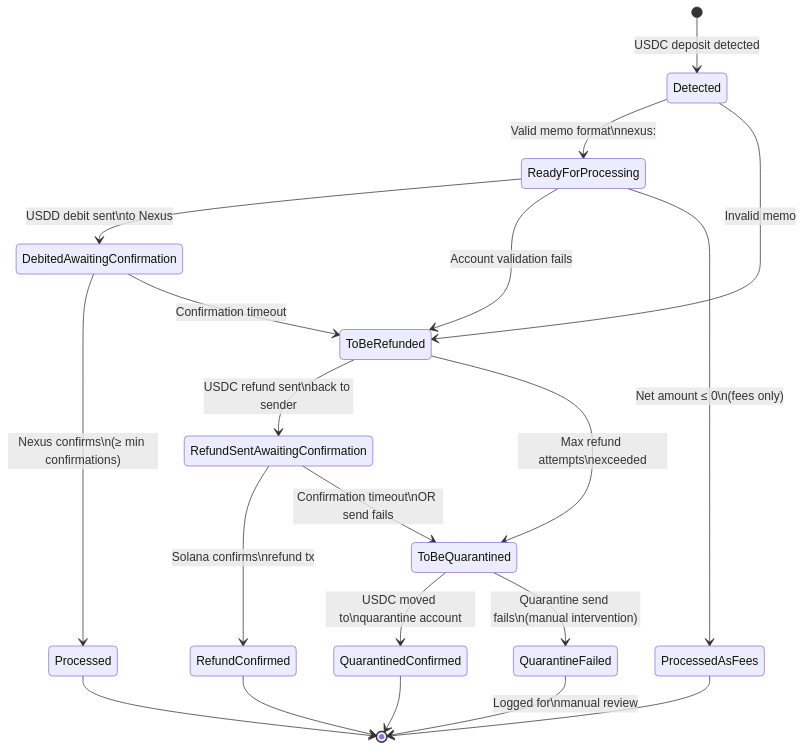
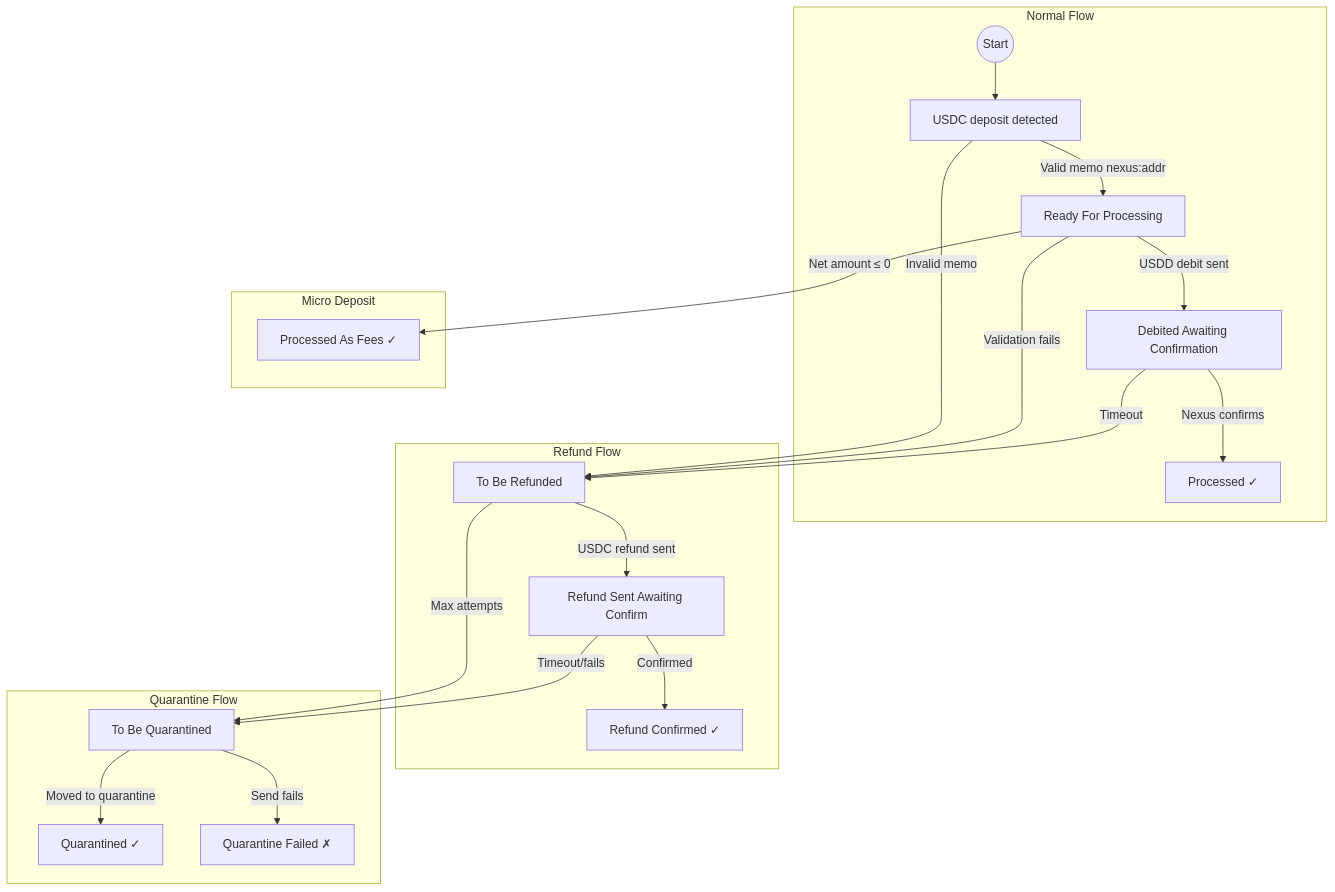
Before and after one commit to AkstonCap/swapService: the first of 2 diagrams in STATE_MACHINES.md, drawn with Mermaid. The commit also changed other lines of this file and 24 other files, not shown here.

````diff
--- a/STATE_MACHINES.md
+++ b/STATE_MACHINES.md
@@ -9,29 +9,28 @@
 ```mermaid
-stateDiagram-v2
-    [*] --> Detected: USDC deposit detected
+flowchart TD
+    subgraph Normal Flow
+        START((Start)) --> Detected[USDC deposit detected]
+        Detected -->|Valid memo nexus:addr| ReadyForProcessing[Ready For Processing]
+        ReadyForProcessing -->|USDD debit sent| DebitedAwaitingConfirmation[Debited Awaiting Confirmation]
+        DebitedAwaitingConfirmation -->|Nexus confirms| Processed[Processed ✓]
+    end
     
-    Detected --> ReadyForProcessing: Valid memo format\nnexus:<address>
-    Detected --> ToBeRefunded: Invalid memo
+    subgraph Micro Deposit
+        ReadyForProcessing -->|Net amount ≤ 0| ProcessedAsFees[Processed As Fees ✓]
+    end
     
-    ReadyForProcessing --> DebitedAwaitingConfirmation: USDD debit sent\nto Nexus
-    ReadyForProcessing --> ToBeRefunded: Account validation fails
-    ReadyForProcessing --> ProcessedAsFees: Net amount ≤ 0\n(fees only)
+    subgraph Refund Flow
+        Detected -->|Invalid memo| ToBeRefunded[To Be Refunded]
+        ReadyForProcessing -->|Validation fails| ToBeRefunded
+        DebitedAwaitingConfirmation -->|Timeout| ToBeRefunded
+        ToBeRefunded -->|USDC refund sent| RefundSentAwaitingConfirmation[Refund Sent Awaiting Confirm]
+        RefundSentAwaitingConfirmation -->|Confirmed| RefundConfirmed[Refund Confirmed ✓]
+    end
     
-    DebitedAwaitingConfirmation --> Processed: Nexus confirms\n(≥ min confirmations)
-    DebitedAwaitingConfirmation --> ToBeRefunded: Confirmation timeout
-    
-    ToBeRefunded --> RefundSentAwaitingConfirmation: USDC refund sent\nback to sender
-    ToBeRefunded --> ToBeQuarantined: Max refund attempts\nexceeded
-    
-    RefundSentAwaitingConfirmation --> RefundConfirmed: Solana confirms\nrefund tx
-    RefundSentAwaitingConfirmation --> ToBeQuarantined: Confirmation timeout\nOR send fails
-    
-    ToBeQuarantined --> QuarantinedConfirmed: USDC moved to\nquarantine account
-    ToBeQuarantined --> QuarantineFailed: Quarantine send fails\n(manual intervention)
-    
-    Processed --> [*]
-    ProcessedAsFees --> [*]
-    RefundConfirmed --> [*]
-    QuarantinedConfirmed --> [*]
-    QuarantineFailed --> [*]: Logged for\nmanual review
+    subgraph Quarantine Flow
+        ToBeRefunded -->|Max attempts| ToBeQuarantined[To Be Quarantined]
+        RefundSentAwaitingConfirmation -->|Timeout/fails| ToBeQuarantined
+        ToBeQuarantined -->|Moved to quarantine| QuarantinedConfirmed[Quarantined ✓]
+        ToBeQuarantined -->|Send fails| QuarantineFailed[Quarantine Failed ✗]
+    end
 ```
````
